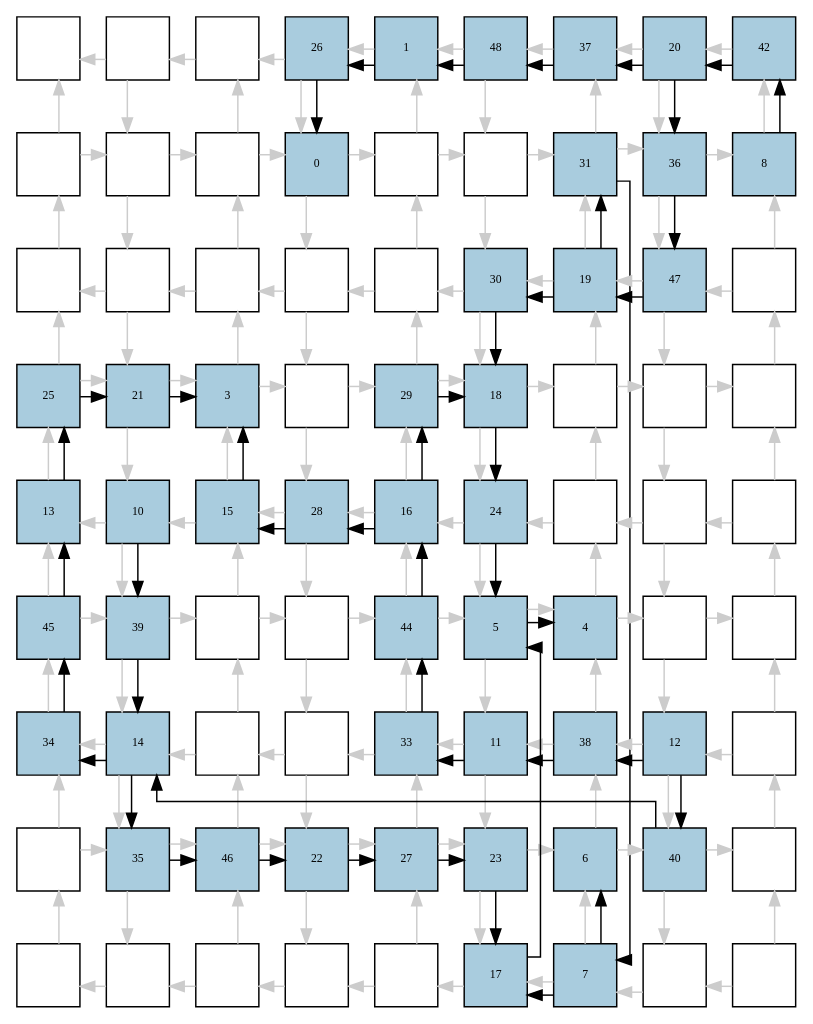
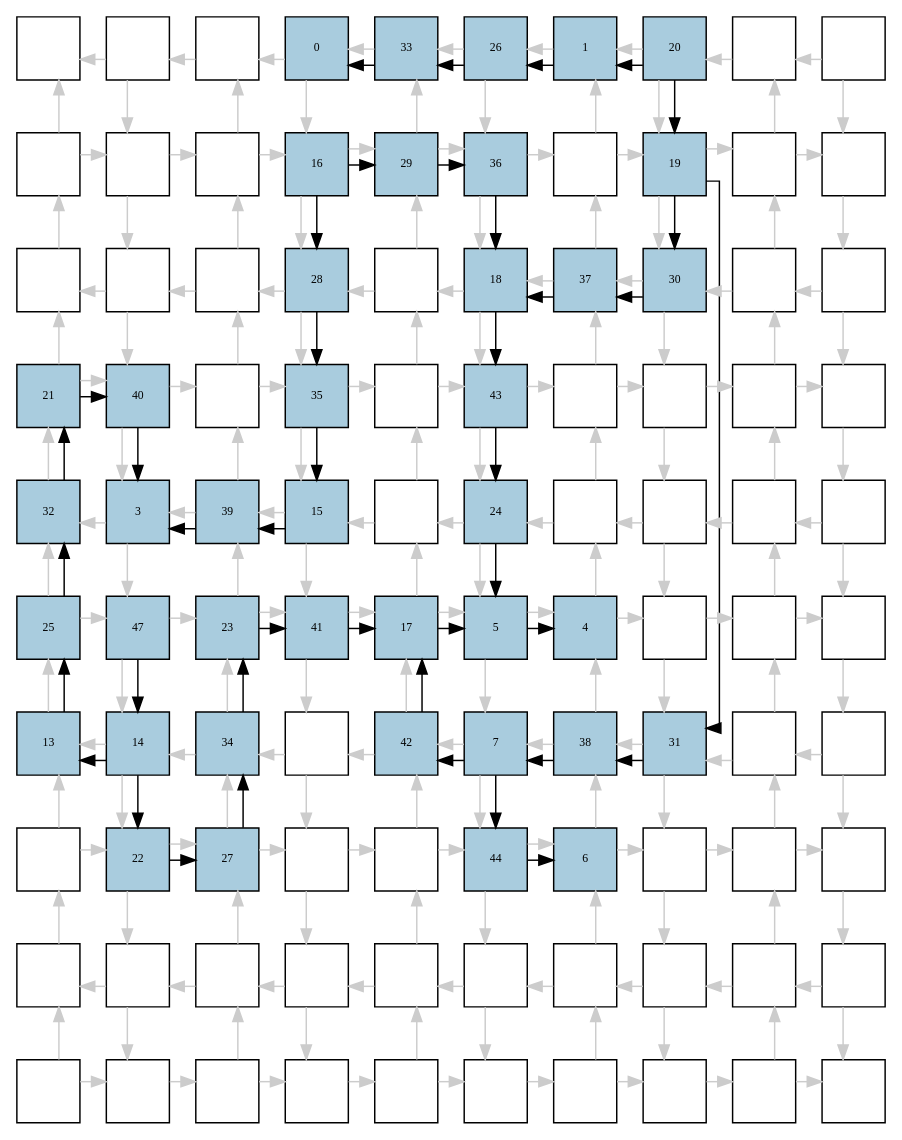
One commit to jeronimopenha/PeR changed the diagram in reports/qca/yott/dot/b1_r2_inverted_4.dot. Above: the diagram before and after it, drawn with Graphviz. The commit also changed 558 other files, not shown here.

```diff
--- a/reports/qca/yott/dot/b1_r2_inverted_4.dot
+++ b/reports/qca/yott/dot/b1_r2_inverted_4.dot
@@ -7,292 +7,344 @@
 0[label="", fontsize=8, fillcolor="#ffffff"];
 1[label="", fontsize=8, fillcolor="#ffffff"];
 2[label="", fontsize=8, fillcolor="#ffffff"];
-3[label="26", fontsize=8, fillcolor="#a9ccde"];
-4[label="1", fontsize=8, fillcolor="#a9ccde"];
-5[label="48", fontsize=8, fillcolor="#a9ccde"];
-6[label="37", fontsize=8, fillcolor="#a9ccde"];
+3[label="0", fontsize=8, fillcolor="#a9ccde"];
+4[label="33", fontsize=8, fillcolor="#a9ccde"];
+5[label="26", fontsize=8, fillcolor="#a9ccde"];
+6[label="1", fontsize=8, fillcolor="#a9ccde"];
 7[label="20", fontsize=8, fillcolor="#a9ccde"];
-8[label="42", fontsize=8, fillcolor="#a9ccde"];
+8[label="", fontsize=8, fillcolor="#ffffff"];
 9[label="", fontsize=8, fillcolor="#ffffff"];
 10[label="", fontsize=8, fillcolor="#ffffff"];
 11[label="", fontsize=8, fillcolor="#ffffff"];
-12[label="0", fontsize=8, fillcolor="#a9ccde"];
-13[label="", fontsize=8, fillcolor="#ffffff"];
-14[label="", fontsize=8, fillcolor="#ffffff"];
-15[label="31", fontsize=8, fillcolor="#a9ccde"];
-16[label="36", fontsize=8, fillcolor="#a9ccde"];
-17[label="8", fontsize=8, fillcolor="#a9ccde"];
+12[label="", fontsize=8, fillcolor="#ffffff"];
+13[label="16", fontsize=8, fillcolor="#a9ccde"];
+14[label="29", fontsize=8, fillcolor="#a9ccde"];
+15[label="36", fontsize=8, fillcolor="#a9ccde"];
+16[label="", fontsize=8, fillcolor="#ffffff"];
+17[label="19", fontsize=8, fillcolor="#a9ccde"];
 18[label="", fontsize=8, fillcolor="#ffffff"];
 19[label="", fontsize=8, fillcolor="#ffffff"];
 20[label="", fontsize=8, fillcolor="#ffffff"];
 21[label="", fontsize=8, fillcolor="#ffffff"];
 22[label="", fontsize=8, fillcolor="#ffffff"];
-23[label="30", fontsize=8, fillcolor="#a9ccde"];
-24[label="19", fontsize=8, fillcolor="#a9ccde"];
-25[label="47", fontsize=8, fillcolor="#a9ccde"];
-26[label="", fontsize=8, fillcolor="#ffffff"];
-27[label="25", fontsize=8, fillcolor="#a9ccde"];
-28[label="21", fontsize=8, fillcolor="#a9ccde"];
-29[label="3", fontsize=8, fillcolor="#a9ccde"];
-30[label="", fontsize=8, fillcolor="#ffffff"];
-31[label="29", fontsize=8, fillcolor="#a9ccde"];
-32[label="18", fontsize=8, fillcolor="#a9ccde"];
-33[label="", fontsize=8, fillcolor="#ffffff"];
+23[label="28", fontsize=8, fillcolor="#a9ccde"];
+24[label="", fontsize=8, fillcolor="#ffffff"];
+25[label="18", fontsize=8, fillcolor="#a9ccde"];
+26[label="37", fontsize=8, fillcolor="#a9ccde"];
+27[label="30", fontsize=8, fillcolor="#a9ccde"];
+28[label="", fontsize=8, fillcolor="#ffffff"];
+29[label="", fontsize=8, fillcolor="#ffffff"];
+30[label="21", fontsize=8, fillcolor="#a9ccde"];
+31[label="40", fontsize=8, fillcolor="#a9ccde"];
+32[label="", fontsize=8, fillcolor="#ffffff"];
+33[label="35", fontsize=8, fillcolor="#a9ccde"];
 34[label="", fontsize=8, fillcolor="#ffffff"];
-35[label="", fontsize=8, fillcolor="#ffffff"];
-36[label="13", fontsize=8, fillcolor="#a9ccde"];
-37[label="10", fontsize=8, fillcolor="#a9ccde"];
-38[label="15", fontsize=8, fillcolor="#a9ccde"];
-39[label="28", fontsize=8, fillcolor="#a9ccde"];
-40[label="16", fontsize=8, fillcolor="#a9ccde"];
-41[label="24", fontsize=8, fillcolor="#a9ccde"];
-42[label="", fontsize=8, fillcolor="#ffffff"];
-43[label="", fontsize=8, fillcolor="#ffffff"];
+35[label="43", fontsize=8, fillcolor="#a9ccde"];
+36[label="", fontsize=8, fillcolor="#ffffff"];
+37[label="", fontsize=8, fillcolor="#ffffff"];
+38[label="", fontsize=8, fillcolor="#ffffff"];
+39[label="", fontsize=8, fillcolor="#ffffff"];
+40[label="32", fontsize=8, fillcolor="#a9ccde"];
+41[label="3", fontsize=8, fillcolor="#a9ccde"];
+42[label="39", fontsize=8, fillcolor="#a9ccde"];
+43[label="15", fontsize=8, fillcolor="#a9ccde"];
 44[label="", fontsize=8, fillcolor="#ffffff"];
-45[label="45", fontsize=8, fillcolor="#a9ccde"];
-46[label="39", fontsize=8, fillcolor="#a9ccde"];
+45[label="24", fontsize=8, fillcolor="#a9ccde"];
+46[label="", fontsize=8, fillcolor="#ffffff"];
 47[label="", fontsize=8, fillcolor="#ffffff"];
 48[label="", fontsize=8, fillcolor="#ffffff"];
-49[label="44", fontsize=8, fillcolor="#a9ccde"];
-50[label="5", fontsize=8, fillcolor="#a9ccde"];
-51[label="4", fontsize=8, fillcolor="#a9ccde"];
-52[label="", fontsize=8, fillcolor="#ffffff"];
-53[label="", fontsize=8, fillcolor="#ffffff"];
-54[label="34", fontsize=8, fillcolor="#a9ccde"];
-55[label="14", fontsize=8, fillcolor="#a9ccde"];
-56[label="", fontsize=8, fillcolor="#ffffff"];
+49[label="", fontsize=8, fillcolor="#ffffff"];
+50[label="25", fontsize=8, fillcolor="#a9ccde"];
+51[label="47", fontsize=8, fillcolor="#a9ccde"];
+52[label="23", fontsize=8, fillcolor="#a9ccde"];
+53[label="41", fontsize=8, fillcolor="#a9ccde"];
+54[label="17", fontsize=8, fillcolor="#a9ccde"];
+55[label="5", fontsize=8, fillcolor="#a9ccde"];
+56[label="4", fontsize=8, fillcolor="#a9ccde"];
 57[label="", fontsize=8, fillcolor="#ffffff"];
-58[label="33", fontsize=8, fillcolor="#a9ccde"];
-59[label="11", fontsize=8, fillcolor="#a9ccde"];
-60[label="38", fontsize=8, fillcolor="#a9ccde"];
-61[label="12", fontsize=8, fillcolor="#a9ccde"];
-62[label="", fontsize=8, fillcolor="#ffffff"];
+58[label="", fontsize=8, fillcolor="#ffffff"];
+59[label="", fontsize=8, fillcolor="#ffffff"];
+60[label="13", fontsize=8, fillcolor="#a9ccde"];
+61[label="14", fontsize=8, fillcolor="#a9ccde"];
+62[label="34", fontsize=8, fillcolor="#a9ccde"];
 63[label="", fontsize=8, fillcolor="#ffffff"];
-64[label="35", fontsize=8, fillcolor="#a9ccde"];
-65[label="46", fontsize=8, fillcolor="#a9ccde"];
-66[label="22", fontsize=8, fillcolor="#a9ccde"];
-67[label="27", fontsize=8, fillcolor="#a9ccde"];
-68[label="23", fontsize=8, fillcolor="#a9ccde"];
-69[label="6", fontsize=8, fillcolor="#a9ccde"];
-70[label="40", fontsize=8, fillcolor="#a9ccde"];
-71[label="", fontsize=8, fillcolor="#ffffff"];
-72[label="", fontsize=8, fillcolor="#ffffff"];
+64[label="42", fontsize=8, fillcolor="#a9ccde"];
+65[label="7", fontsize=8, fillcolor="#a9ccde"];
+66[label="38", fontsize=8, fillcolor="#a9ccde"];
+67[label="31", fontsize=8, fillcolor="#a9ccde"];
+68[label="", fontsize=8, fillcolor="#ffffff"];
+69[label="", fontsize=8, fillcolor="#ffffff"];
+70[label="", fontsize=8, fillcolor="#ffffff"];
+71[label="22", fontsize=8, fillcolor="#a9ccde"];
+72[label="27", fontsize=8, fillcolor="#a9ccde"];
 73[label="", fontsize=8, fillcolor="#ffffff"];
 74[label="", fontsize=8, fillcolor="#ffffff"];
-75[label="", fontsize=8, fillcolor="#ffffff"];
-76[label="", fontsize=8, fillcolor="#ffffff"];
-77[label="17", fontsize=8, fillcolor="#a9ccde"];
-78[label="7", fontsize=8, fillcolor="#a9ccde"];
+75[label="44", fontsize=8, fillcolor="#a9ccde"];
+76[label="6", fontsize=8, fillcolor="#a9ccde"];
+77[label="", fontsize=8, fillcolor="#ffffff"];
+78[label="", fontsize=8, fillcolor="#ffffff"];
 79[label="", fontsize=8, fillcolor="#ffffff"];
 80[label="", fontsize=8, fillcolor="#ffffff"];
+81[label="", fontsize=8, fillcolor="#ffffff"];
+82[label="", fontsize=8, fillcolor="#ffffff"];
+83[label="", fontsize=8, fillcolor="#ffffff"];
+84[label="", fontsize=8, fillcolor="#ffffff"];
+85[label="", fontsize=8, fillcolor="#ffffff"];
+86[label="", fontsize=8, fillcolor="#ffffff"];
+87[label="", fontsize=8, fillcolor="#ffffff"];
+88[label="", fontsize=8, fillcolor="#ffffff"];
+89[label="", fontsize=8, fillcolor="#ffffff"];
+90[label="", fontsize=8, fillcolor="#ffffff"];
+91[label="", fontsize=8, fillcolor="#ffffff"];
+92[label="", fontsize=8, fillcolor="#ffffff"];
+93[label="", fontsize=8, fillcolor="#ffffff"];
+94[label="", fontsize=8, fillcolor="#ffffff"];
+95[label="", fontsize=8, fillcolor="#ffffff"];
+96[label="", fontsize=8, fillcolor="#ffffff"];
+97[label="", fontsize=8, fillcolor="#ffffff"];
+98[label="", fontsize=8, fillcolor="#ffffff"];
+99[label="", fontsize=8, fillcolor="#ffffff"];
 edge [constraint=false, style=vis];
 1 -> 0 [color="#cccccc"];
-1 -> 10 [color="#cccccc"];
+1 -> 11 [color="#cccccc"];
 2 -> 1 [color="#cccccc"];
 3 -> 2 [color="#cccccc"];
-3 -> 12 [color="#cccccc"];
+3 -> 13 [color="#cccccc"];
 4 -> 3 [color="#cccccc"];
 5 -> 4 [color="#cccccc"];
-5 -> 14 [color="#cccccc"];
+5 -> 15 [color="#cccccc"];
 6 -> 5 [color="#cccccc"];
 7 -> 6 [color="#cccccc"];
-7 -> 16 [color="#cccccc"];
+7 -> 17 [color="#cccccc"];
 8 -> 7 [color="#cccccc"];
-9 -> 10 [color="#cccccc"];
-9 -> 0 [color="#cccccc"];
-10 -> 19 [color="#cccccc"];
+9 -> 8 [color="#cccccc"];
+9 -> 19 [color="#cccccc"];
 10 -> 11 [color="#cccccc"];
+10 -> 0 [color="#cccccc"];
+11 -> 21 [color="#cccccc"];
 11 -> 12 [color="#cccccc"];
-11 -> 2 [color="#cccccc"];
-12 -> 21 [color="#cccccc"];
 12 -> 13 [color="#cccccc"];
+12 -> 2 [color="#cccccc"];
+13 -> 23 [color="#cccccc"];
 13 -> 14 [color="#cccccc"];
-13 -> 4 [color="#cccccc"];
-14 -> 23 [color="#cccccc"];
 14 -> 15 [color="#cccccc"];
+14 -> 4 [color="#cccccc"];
+15 -> 25 [color="#cccccc"];
 15 -> 16 [color="#cccccc"];
-15 -> 6 [color="#cccccc"];
-16 -> 25 [color="#cccccc"];
 16 -> 17 [color="#cccccc"];
-17 -> 8 [color="#cccccc"];
-18 -> 9 [color="#cccccc"];
-19 -> 18 [color="#cccccc"];
-19 -> 28 [color="#cccccc"];
-20 -> 11 [color="#cccccc"];
-20 -> 19 [color="#cccccc"];
+16 -> 6 [color="#cccccc"];
+17 -> 27 [color="#cccccc"];
+17 -> 18 [color="#cccccc"];
+18 -> 19 [color="#cccccc"];
+18 -> 8 [color="#cccccc"];
+19 -> 29 [color="#cccccc"];
+20 -> 10 [color="#cccccc"];
 21 -> 20 [color="#cccccc"];
-21 -> 30 [color="#cccccc"];
-22 -> 13 [color="#cccccc"];
+21 -> 31 [color="#cccccc"];
+22 -> 12 [color="#cccccc"];
 22 -> 21 [color="#cccccc"];
 23 -> 22 [color="#cccccc"];
-23 -> 32 [color="#cccccc"];
-24 -> 15 [color="#cccccc"];
+23 -> 33 [color="#cccccc"];
+24 -> 14 [color="#cccccc"];
 24 -> 23 [color="#cccccc"];
 25 -> 24 [color="#cccccc"];
-25 -> 34 [color="#cccccc"];
-26 -> 17 [color="#cccccc"];
+25 -> 35 [color="#cccccc"];
+26 -> 16 [color="#cccccc"];
 26 -> 25 [color="#cccccc"];
-27 -> 28 [color="#cccccc"];
-27 -> 18 [color="#cccccc"];
-28 -> 37 [color="#cccccc"];
-28 -> 29 [color="#cccccc"];
-29 -> 30 [color="#cccccc"];
-29 -> 20 [color="#cccccc"];
-30 -> 39 [color="#cccccc"];
+27 -> 26 [color="#cccccc"];
+27 -> 37 [color="#cccccc"];
+28 -> 18 [color="#cccccc"];
+28 -> 27 [color="#cccccc"];
+29 -> 28 [color="#cccccc"];
+29 -> 39 [color="#cccccc"];
 30 -> 31 [color="#cccccc"];
+30 -> 20 [color="#cccccc"];
+31 -> 41 [color="#cccccc"];
 31 -> 32 [color="#cccccc"];
-31 -> 22 [color="#cccccc"];
-32 -> 41 [color="#cccccc"];
 32 -> 33 [color="#cccccc"];
+32 -> 22 [color="#cccccc"];
+33 -> 43 [color="#cccccc"];
 33 -> 34 [color="#cccccc"];
-33 -> 24 [color="#cccccc"];
-34 -> 43 [color="#cccccc"];
 34 -> 35 [color="#cccccc"];
-35 -> 26 [color="#cccccc"];
-36 -> 27 [color="#cccccc"];
-37 -> 36 [color="#cccccc"];
-37 -> 46 [color="#cccccc"];
-38 -> 29 [color="#cccccc"];
-38 -> 37 [color="#cccccc"];
-39 -> 38 [color="#cccccc"];
-39 -> 48 [color="#cccccc"];
-40 -> 31 [color="#cccccc"];
-40 -> 39 [color="#cccccc"];
+34 -> 24 [color="#cccccc"];
+35 -> 45 [color="#cccccc"];
+35 -> 36 [color="#cccccc"];
+36 -> 37 [color="#cccccc"];
+36 -> 26 [color="#cccccc"];
+37 -> 47 [color="#cccccc"];
+37 -> 38 [color="#cccccc"];
+38 -> 39 [color="#cccccc"];
+38 -> 28 [color="#cccccc"];
+39 -> 49 [color="#cccccc"];
+40 -> 30 [color="#cccccc"];
 41 -> 40 [color="#cccccc"];
-41 -> 50 [color="#cccccc"];
-42 -> 33 [color="#cccccc"];
+41 -> 51 [color="#cccccc"];
+42 -> 32 [color="#cccccc"];
 42 -> 41 [color="#cccccc"];
 43 -> 42 [color="#cccccc"];
-43 -> 52 [color="#cccccc"];
-44 -> 35 [color="#cccccc"];
+43 -> 53 [color="#cccccc"];
+44 -> 34 [color="#cccccc"];
 44 -> 43 [color="#cccccc"];
-45 -> 46 [color="#cccccc"];
-45 -> 36 [color="#cccccc"];
-46 -> 55 [color="#cccccc"];
-46 -> 47 [color="#cccccc"];
-47 -> 48 [color="#cccccc"];
-47 -> 38 [color="#cccccc"];
-48 -> 57 [color="#cccccc"];
-48 -> 49 [color="#cccccc"];
-49 -> 50 [color="#cccccc"];
-49 -> 40 [color="#cccccc"];
-50 -> 59 [color="#cccccc"];
+45 -> 44 [color="#cccccc"];
+45 -> 55 [color="#cccccc"];
+46 -> 36 [color="#cccccc"];
+46 -> 45 [color="#cccccc"];
+47 -> 46 [color="#cccccc"];
+47 -> 57 [color="#cccccc"];
+48 -> 38 [color="#cccccc"];
+48 -> 47 [color="#cccccc"];
+49 -> 48 [color="#cccccc"];
+49 -> 59 [color="#cccccc"];
 50 -> 51 [color="#cccccc"];
+50 -> 40 [color="#cccccc"];
+51 -> 61 [color="#cccccc"];
 51 -> 52 [color="#cccccc"];
-51 -> 42 [color="#cccccc"];
-52 -> 61 [color="#cccccc"];
 52 -> 53 [color="#cccccc"];
-53 -> 44 [color="#cccccc"];
-54 -> 45 [color="#cccccc"];
-55 -> 54 [color="#cccccc"];
-55 -> 64 [color="#cccccc"];
-56 -> 47 [color="#cccccc"];
-56 -> 55 [color="#cccccc"];
-57 -> 56 [color="#cccccc"];
-57 -> 66 [color="#cccccc"];
-58 -> 49 [color="#cccccc"];
-58 -> 57 [color="#cccccc"];
-59 -> 58 [color="#cccccc"];
-59 -> 68 [color="#cccccc"];
-60 -> 51 [color="#cccccc"];
-60 -> 59 [color="#cccccc"];
+52 -> 42 [color="#cccccc"];
+53 -> 63 [color="#cccccc"];
+53 -> 54 [color="#cccccc"];
+54 -> 55 [color="#cccccc"];
+54 -> 44 [color="#cccccc"];
+55 -> 65 [color="#cccccc"];
+55 -> 56 [color="#cccccc"];
+56 -> 57 [color="#cccccc"];
+56 -> 46 [color="#cccccc"];
+57 -> 67 [color="#cccccc"];
+57 -> 58 [color="#cccccc"];
+58 -> 59 [color="#cccccc"];
+58 -> 48 [color="#cccccc"];
+59 -> 69 [color="#cccccc"];
+60 -> 50 [color="#cccccc"];
 61 -> 60 [color="#cccccc"];
-61 -> 70 [color="#cccccc"];
-62 -> 53 [color="#cccccc"];
+61 -> 71 [color="#cccccc"];
+62 -> 52 [color="#cccccc"];
 62 -> 61 [color="#cccccc"];
-63 -> 64 [color="#cccccc"];
-63 -> 54 [color="#cccccc"];
-64 -> 73 [color="#cccccc"];
-64 -> 65 [color="#cccccc"];
-65 -> 66 [color="#cccccc"];
-65 -> 56 [color="#cccccc"];
-66 -> 75 [color="#cccccc"];
-66 -> 67 [color="#cccccc"];
-67 -> 68 [color="#cccccc"];
-67 -> 58 [color="#cccccc"];
-68 -> 77 [color="#cccccc"];
-68 -> 69 [color="#cccccc"];
-69 -> 70 [color="#cccccc"];
-69 -> 60 [color="#cccccc"];
-70 -> 79 [color="#cccccc"];
+63 -> 62 [color="#cccccc"];
+63 -> 73 [color="#cccccc"];
+64 -> 54 [color="#cccccc"];
+64 -> 63 [color="#cccccc"];
+65 -> 64 [color="#cccccc"];
+65 -> 75 [color="#cccccc"];
+66 -> 56 [color="#cccccc"];
+66 -> 65 [color="#cccccc"];
+67 -> 66 [color="#cccccc"];
+67 -> 77 [color="#cccccc"];
+68 -> 58 [color="#cccccc"];
+68 -> 67 [color="#cccccc"];
+69 -> 68 [color="#cccccc"];
+69 -> 79 [color="#cccccc"];
 70 -> 71 [color="#cccccc"];
-71 -> 62 [color="#cccccc"];
-72 -> 63 [color="#cccccc"];
-73 -> 72 [color="#cccccc"];
-74 -> 65 [color="#cccccc"];
-74 -> 73 [color="#cccccc"];
-75 -> 74 [color="#cccccc"];
-76 -> 67 [color="#cccccc"];
-76 -> 75 [color="#cccccc"];
-77 -> 76 [color="#cccccc"];
-78 -> 69 [color="#cccccc"];
-78 -> 77 [color="#cccccc"];
-79 -> 78 [color="#cccccc"];
-80 -> 71 [color="#cccccc"];
-80 -> 79 [color="#cccccc"];
-59 -> 58;
-58 -> 49;
-49 -> 40;
-61 -> 60;
-60 -> 59;
-37 -> 46;
-46 -> 55;
-61 -> 70;
-70 -> 55;
-17 -> 8;
-8 -> 7;
-38 -> 29;
-36 -> 27;
-27 -> 28;
-28 -> 29;
-4 -> 3;
-3 -> 12;
-55 -> 54;
-54 -> 45;
-45 -> 36;
-55 -> 64;
-64 -> 65;
-65 -> 66;
-66 -> 67;
-67 -> 68;
-68 -> 77;
-78 -> 77;
-50 -> 51;
-40 -> 39;
-39 -> 38;
-40 -> 31;
-31 -> 32;
-24 -> 23;
-23 -> 32;
-32 -> 41;
-41 -> 50;
-77 -> 50;
-78 -> 69;
-7 -> 16;
-16 -> 25;
-25 -> 24;
-24 -> 15;
-15 -> 78;
-7 -> 6;
+70 -> 60 [color="#cccccc"];
+71 -> 81 [color="#cccccc"];
+71 -> 72 [color="#cccccc"];
+72 -> 73 [color="#cccccc"];
+72 -> 62 [color="#cccccc"];
+73 -> 83 [color="#cccccc"];
+73 -> 74 [color="#cccccc"];
+74 -> 75 [color="#cccccc"];
+74 -> 64 [color="#cccccc"];
+75 -> 85 [color="#cccccc"];
+75 -> 76 [color="#cccccc"];
+76 -> 77 [color="#cccccc"];
+76 -> 66 [color="#cccccc"];
+77 -> 87 [color="#cccccc"];
+77 -> 78 [color="#cccccc"];
+78 -> 79 [color="#cccccc"];
+78 -> 68 [color="#cccccc"];
+79 -> 89 [color="#cccccc"];
+80 -> 70 [color="#cccccc"];
+81 -> 80 [color="#cccccc"];
+81 -> 91 [color="#cccccc"];
+82 -> 72 [color="#cccccc"];
+82 -> 81 [color="#cccccc"];
+83 -> 82 [color="#cccccc"];
+83 -> 93 [color="#cccccc"];
+84 -> 74 [color="#cccccc"];
+84 -> 83 [color="#cccccc"];
+85 -> 84 [color="#cccccc"];
+85 -> 95 [color="#cccccc"];
+86 -> 76 [color="#cccccc"];
+86 -> 85 [color="#cccccc"];
+87 -> 86 [color="#cccccc"];
+87 -> 97 [color="#cccccc"];
+88 -> 78 [color="#cccccc"];
+88 -> 87 [color="#cccccc"];
+89 -> 88 [color="#cccccc"];
+89 -> 99 [color="#cccccc"];
+90 -> 91 [color="#cccccc"];
+90 -> 80 [color="#cccccc"];
+91 -> 92 [color="#cccccc"];
+92 -> 93 [color="#cccccc"];
+92 -> 82 [color="#cccccc"];
+93 -> 94 [color="#cccccc"];
+94 -> 95 [color="#cccccc"];
+94 -> 84 [color="#cccccc"];
+95 -> 96 [color="#cccccc"];
+96 -> 97 [color="#cccccc"];
+96 -> 86 [color="#cccccc"];
+97 -> 98 [color="#cccccc"];
+98 -> 99 [color="#cccccc"];
+98 -> 88 [color="#cccccc"];
+51 -> 61;
+43 -> 42;
+42 -> 41;
+60 -> 50;
+50 -> 40;
+40 -> 30;
+30 -> 31;
+31 -> 41;
 6 -> 5;
 5 -> 4;
+4 -> 3;
+61 -> 60;
+61 -> 71;
+71 -> 72;
+72 -> 62;
+62 -> 52;
+52 -> 53;
+53 -> 54;
+65 -> 64;
+64 -> 54;
+55 -> 56;
+13 -> 23;
+23 -> 33;
+33 -> 43;
+13 -> 14;
+14 -> 15;
+15 -> 25;
+17 -> 27;
+27 -> 26;
+26 -> 25;
+25 -> 35;
+35 -> 45;
+45 -> 55;
+54 -> 55;
+65 -> 75;
+75 -> 76;
+7 -> 17;
+17 -> 67;
+67 -> 66;
+66 -> 65;
+7 -> 6;
 edge [constraint=true, style=invis];
-0 -> 9 -> 18 -> 27 -> 36 -> 45 -> 54 -> 63 -> 72;
-1 -> 10 -> 19 -> 28 -> 37 -> 46 -> 55 -> 64 -> 73;
-2 -> 11 -> 20 -> 29 -> 38 -> 47 -> 56 -> 65 -> 74;
-3 -> 12 -> 21 -> 30 -> 39 -> 48 -> 57 -> 66 -> 75;
-4 -> 13 -> 22 -> 31 -> 40 -> 49 -> 58 -> 67 -> 76;
-5 -> 14 -> 23 -> 32 -> 41 -> 50 -> 59 -> 68 -> 77;
-6 -> 15 -> 24 -> 33 -> 42 -> 51 -> 60 -> 69 -> 78;
-7 -> 16 -> 25 -> 34 -> 43 -> 52 -> 61 -> 70 -> 79;
-8 -> 17 -> 26 -> 35 -> 44 -> 53 -> 62 -> 71 -> 80;
-rank = same { 0 -> 1 -> 2 -> 3 -> 4 -> 5 -> 6 -> 7 -> 8;};
-rank = same { 9 -> 10 -> 11 -> 12 -> 13 -> 14 -> 15 -> 16 -> 17;};
-rank = same { 18 -> 19 -> 20 -> 21 -> 22 -> 23 -> 24 -> 25 -> 26;};
-rank = same { 27 -> 28 -> 29 -> 30 -> 31 -> 32 -> 33 -> 34 -> 35;};
-rank = same { 36 -> 37 -> 38 -> 39 -> 40 -> 41 -> 42 -> 43 -> 44;};
-rank = same { 45 -> 46 -> 47 -> 48 -> 49 -> 50 -> 51 -> 52 -> 53;};
-rank = same { 54 -> 55 -> 56 -> 57 -> 58 -> 59 -> 60 -> 61 -> 62;};
-rank = same { 63 -> 64 -> 65 -> 66 -> 67 -> 68 -> 69 -> 70 -> 71;};
-rank = same { 72 -> 73 -> 74 -> 75 -> 76 -> 77 -> 78 -> 79 -> 80;};
+0 -> 10 -> 20 -> 30 -> 40 -> 50 -> 60 -> 70 -> 80 -> 90;
+1 -> 11 -> 21 -> 31 -> 41 -> 51 -> 61 -> 71 -> 81 -> 91;
+2 -> 12 -> 22 -> 32 -> 42 -> 52 -> 62 -> 72 -> 82 -> 92;
+3 -> 13 -> 23 -> 33 -> 43 -> 53 -> 63 -> 73 -> 83 -> 93;
+4 -> 14 -> 24 -> 34 -> 44 -> 54 -> 64 -> 74 -> 84 -> 94;
+5 -> 15 -> 25 -> 35 -> 45 -> 55 -> 65 -> 75 -> 85 -> 95;
+6 -> 16 -> 26 -> 36 -> 46 -> 56 -> 66 -> 76 -> 86 -> 96;
+7 -> 17 -> 27 -> 37 -> 47 -> 57 -> 67 -> 77 -> 87 -> 97;
+8 -> 18 -> 28 -> 38 -> 48 -> 58 -> 68 -> 78 -> 88 -> 98;
+9 -> 19 -> 29 -> 39 -> 49 -> 59 -> 69 -> 79 -> 89 -> 99;
+rank = same { 0 -> 1 -> 2 -> 3 -> 4 -> 5 -> 6 -> 7 -> 8 -> 9;};
+rank = same { 10 -> 11 -> 12 -> 13 -> 14 -> 15 -> 16 -> 17 -> 18 -> 19;};
+rank = same { 20 -> 21 -> 22 -> 23 -> 24 -> 25 -> 26 -> 27 -> 28 -> 29;};
+rank = same { 30 -> 31 -> 32 -> 33 -> 34 -> 35 -> 36 -> 37 -> 38 -> 39;};
+rank = same { 40 -> 41 -> 42 -> 43 -> 44 -> 45 -> 46 -> 47 -> 48 -> 49;};
+rank = same { 50 -> 51 -> 52 -> 53 -> 54 -> 55 -> 56 -> 57 -> 58 -> 59;};
+rank = same { 60 -> 61 -> 62 -> 63 -> 64 -> 65 -> 66 -> 67 -> 68 -> 69;};
+rank = same { 70 -> 71 -> 72 -> 73 -> 74 -> 75 -> 76 -> 77 -> 78 -> 79;};
+rank = same { 80 -> 81 -> 82 -> 83 -> 84 -> 85 -> 86 -> 87 -> 88 -> 89;};
+rank = same { 90 -> 91 -> 92 -> 93 -> 94 -> 95 -> 96 -> 97 -> 98 -> 99;};
 }
```
